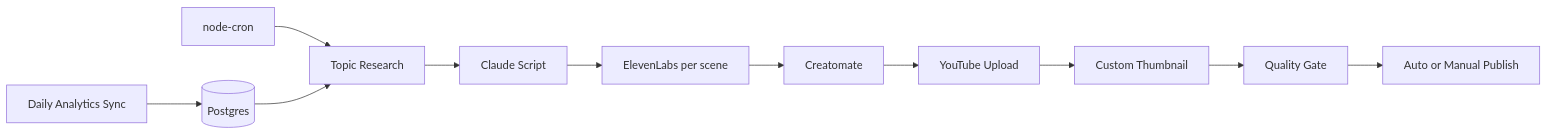
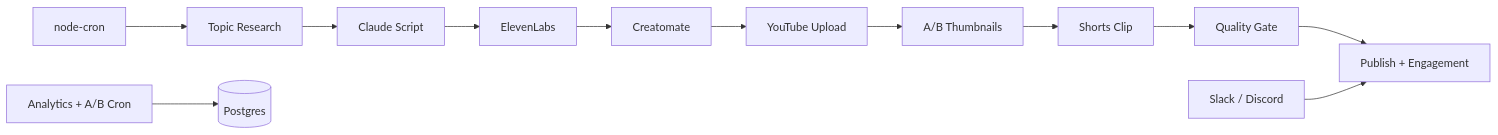
Before and after one commit to calwhel/youtube-: the diagram in README.md, drawn with Mermaid. The commit also changed other lines of this file and 23 other files, not shown here.

First line of the commit message:
Week 2 upgrades: Shorts, engagement, webhooks, A/B thumbnails

````diff
--- a/README.md
+++ b/README.md
@@ -18,13 +21,14 @@
 ```mermaid
 flowchart LR
   Cron[node-cron] --> Research[Topic Research]
   Research --> LLM[Claude Script]
-  LLM --> Voice[ElevenLabs per scene]
+  LLM --> Voice[ElevenLabs]
   Voice --> Video[Creatomate]
   Video --> YT[YouTube Upload]
-  YT --> Thumb[Custom Thumbnail]
-  Thumb --> QG[Quality Gate]
-  QG --> Pub[Auto or Manual Publish]
-  Analytics[Daily Analytics Sync] --> DB[(Postgres)]
-  DB --> Research
+  YT --> Thumb[A/B Thumbnails]
+  Thumb --> Shorts[Shorts Clip]
+  Shorts --> QG[Quality Gate]
+  QG --> Pub[Publish + Engagement]
+  Analytics[Analytics + A/B Cron] --> DB[(Postgres)]
+  Webhooks[Slack / Discord] --> Pub
 ```
````
